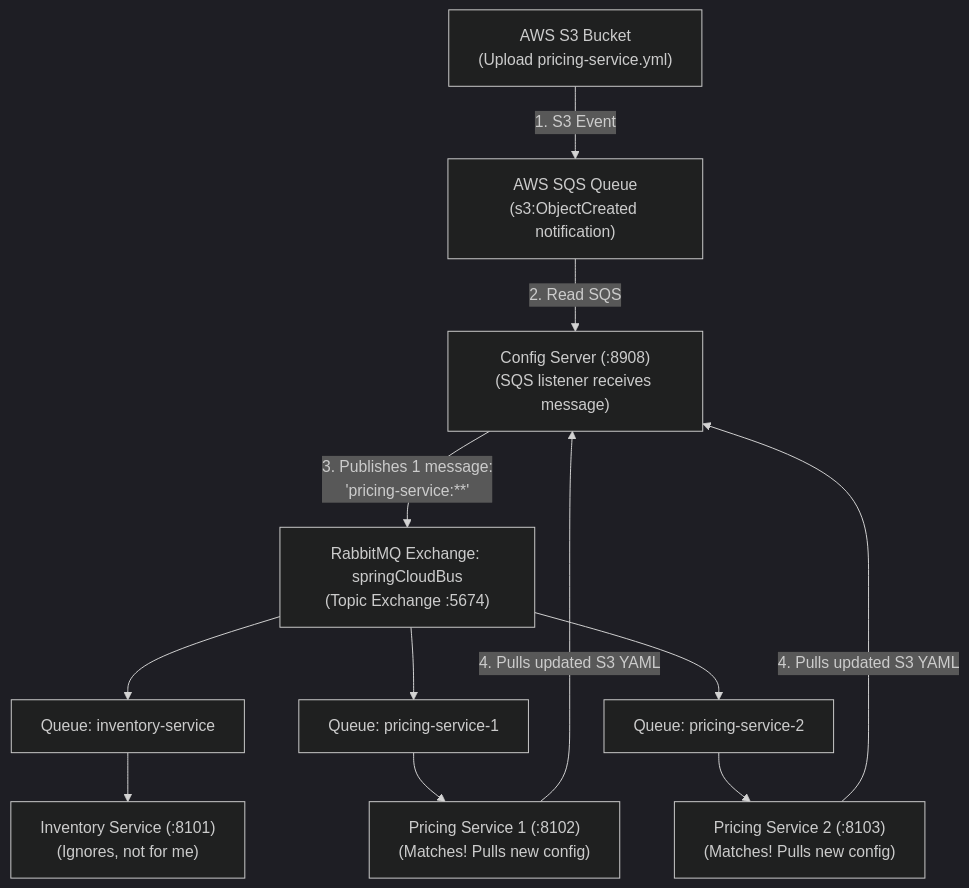
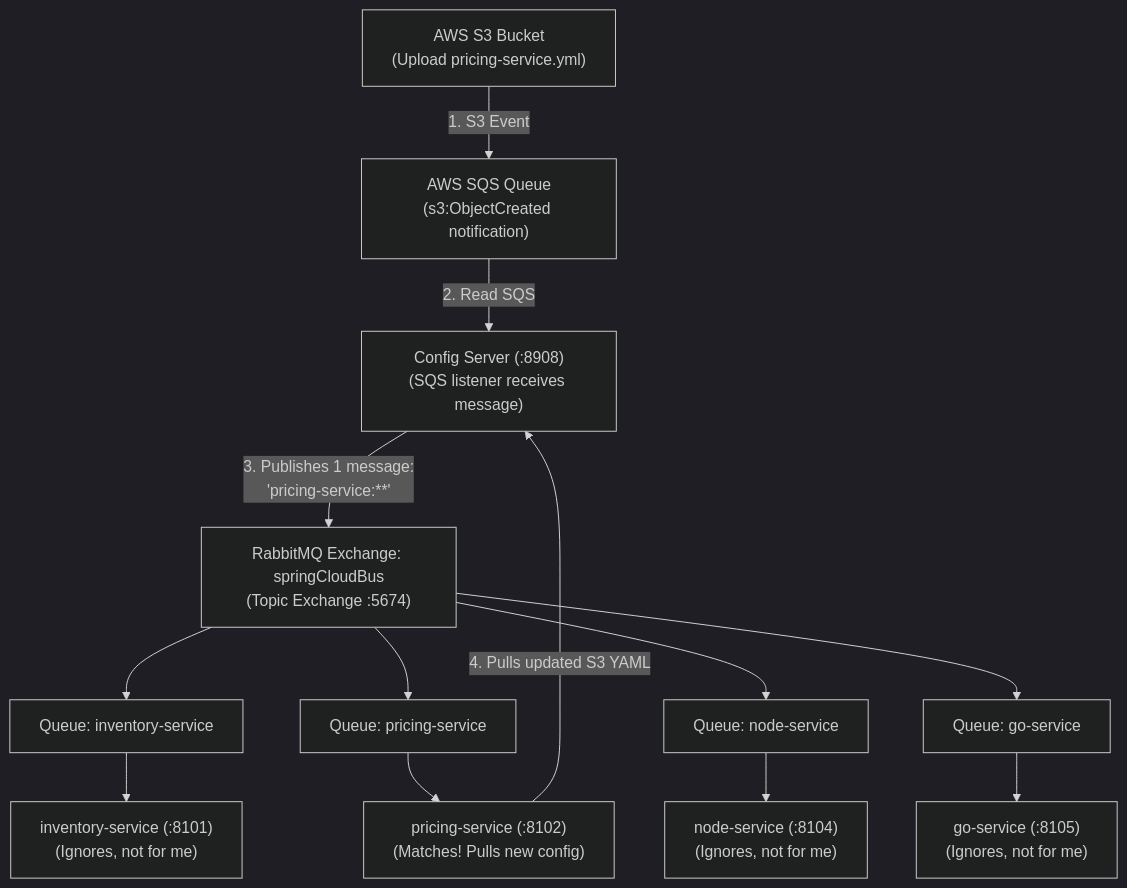
One commit to kirankumarhm/springboot-config-server-external-properties-demo changed the fourth of 4 diagrams in version-c-s3/README.md. Above: the diagram before and after it, drawn with Mermaid (dark theme). The commit also changed other lines of this file and 438 other files, not shown here.

````diff
--- a/version-c-s3/README.md
+++ b/version-c-s3/README.md
@@ -133,22 +157,24 @@
 ```mermaid
 graph TD
     S3["AWS S3 Bucket<br/>(Upload pricing-service.yml)"]
     SQS["AWS SQS Queue<br/>(s3:ObjectCreated notification)"]
     CS["Config Server (:8908)<br/>(SQS listener receives message)"]
     Ex["RabbitMQ Exchange: springCloudBus<br/>(Topic Exchange :5674)"]
     Q1["Queue: inventory-service"]
-    Q2["Queue: pricing-service-1"]
-    Q3["Queue: pricing-service-2"]
-    Inv["Inventory Service (:8101)<br/>(Ignores, not for me)"]
-    Prc1["Pricing Service 1 (:8102)<br/>(Matches! Pulls new config)"]
-    Prc2["Pricing Service 2 (:8103)<br/>(Matches! Pulls new config)"]
+    Q2["Queue: pricing-service"]
+    Q3["Queue: node-service"]
+    Q4["Queue: go-service"]
+    Inv["inventory-service (:8101)<br/>(Ignores, not for me)"]
+    Prc["pricing-service (:8102)<br/>(Matches! Pulls new config)"]
+    Node["node-service (:8104)<br/>(Ignores, not for me)"]
+    Go["go-service (:8105)<br/>(Ignores, not for me)"]
 
     S3 -- "1. S3 Event" --> SQS
     SQS -- "2. Read SQS" --> CS
     CS -- "3. Publishes 1 message:<br/>'pricing-service:**'" --> Ex
     Ex --> Q1 --> Inv
-    Ex --> Q2 --> Prc1
-    Ex --> Q3 --> Prc2
-    Prc1 -- "4. Pulls updated S3 YAML" --> CS
-    Prc2 -- "4. Pulls updated S3 YAML" --> CS
+    Ex --> Q2 --> Prc
+    Ex --> Q3 --> Node
+    Ex --> Q4 --> Go
+    Prc -- "4. Pulls updated S3 YAML" --> CS
 ```
````
